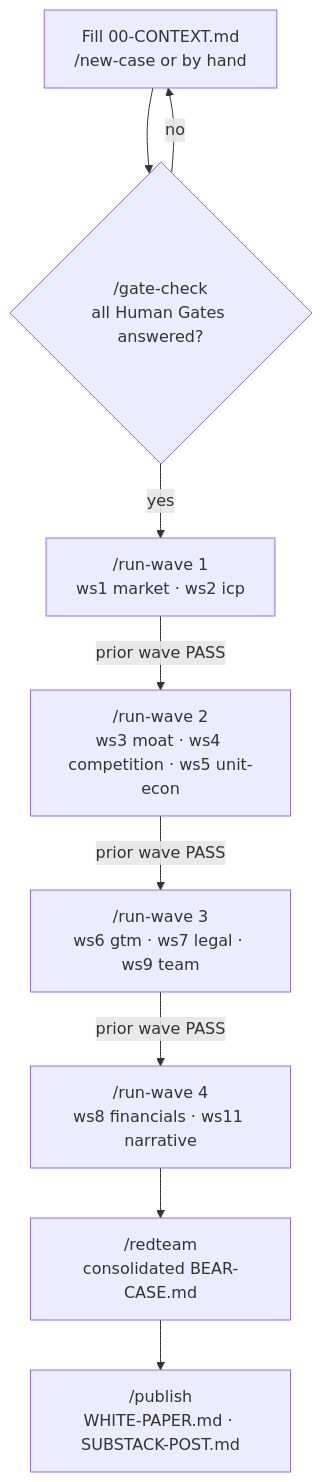
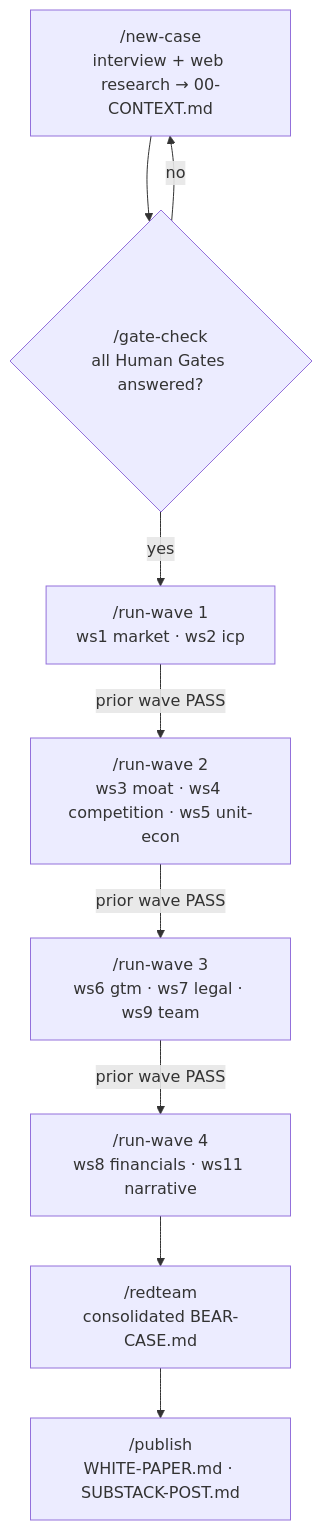
The diagram in wiki/Home.md (furio-labs/swarm-lab), drawn with Mermaid before and after one commit. The commit also changed other lines of this file and 9 other files, not shown here.

````diff
--- a/wiki/Home.md
+++ b/wiki/Home.md
@@ -10,11 +12,11 @@
 ```mermaid
 flowchart TD
-    A["Fill 00-CONTEXT.md<br/>/new-case or by hand"] --> G{"/gate-check<br/>all Human Gates answered?"}
+    A["/new-case<br/>interview + web research → 00-CONTEXT.md"] --> G{"/gate-check<br/>all Human Gates answered?"}
     G -->|no| A
     G -->|yes| W1["/run-wave 1<br/>ws1 market · ws2 icp"]
     W1 -->|prior wave PASS| W2["/run-wave 2<br/>ws3 moat · ws4 competition · ws5 unit-econ"]
     W2 -->|prior wave PASS| W3["/run-wave 3<br/>ws6 gtm · ws7 legal · ws9 team"]
     W3 -->|prior wave PASS| W4["/run-wave 4<br/>ws8 financials · ws11 narrative"]
     W4 --> RT["/redteam<br/>consolidated BEAR-CASE.md"]
     RT --> PUB["/publish<br/>WHITE-PAPER.md · SUBSTACK-POST.md"]
 ```
````
